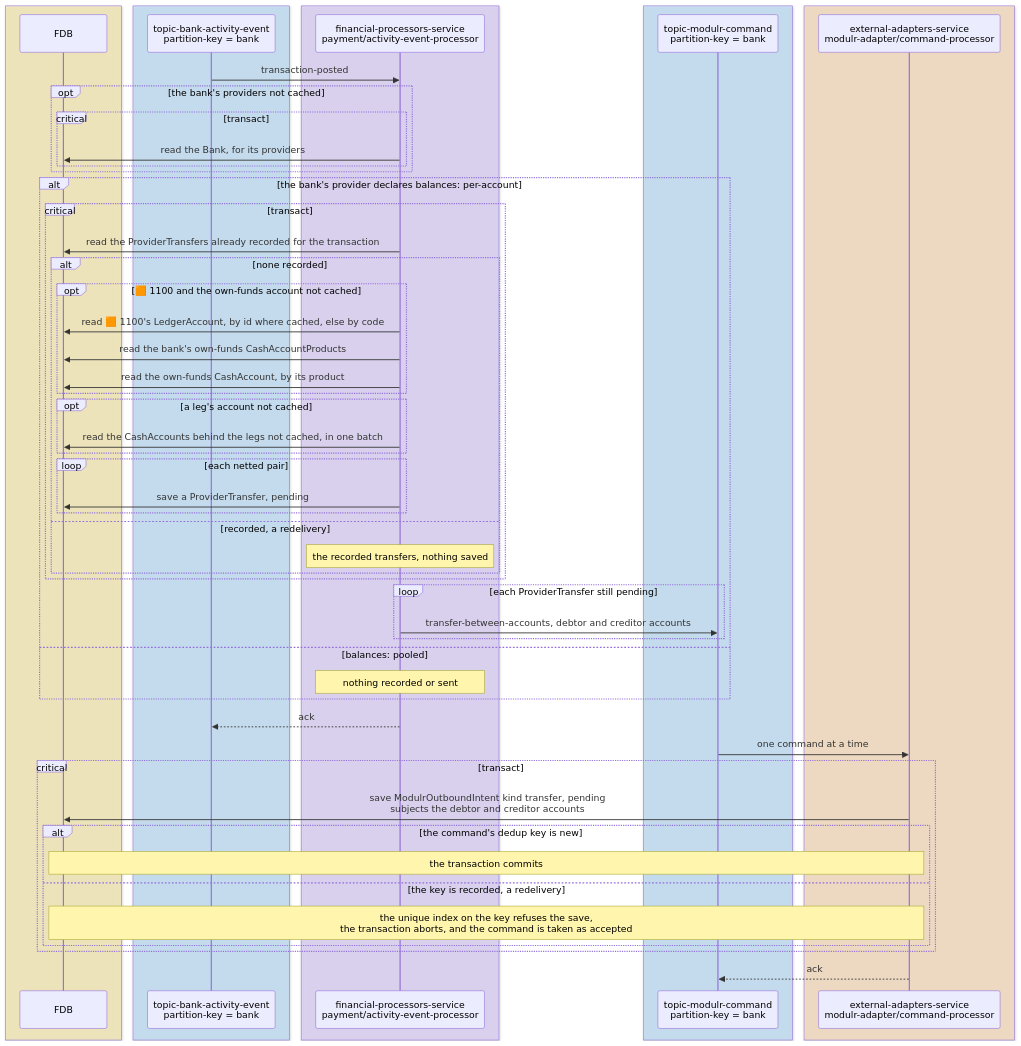
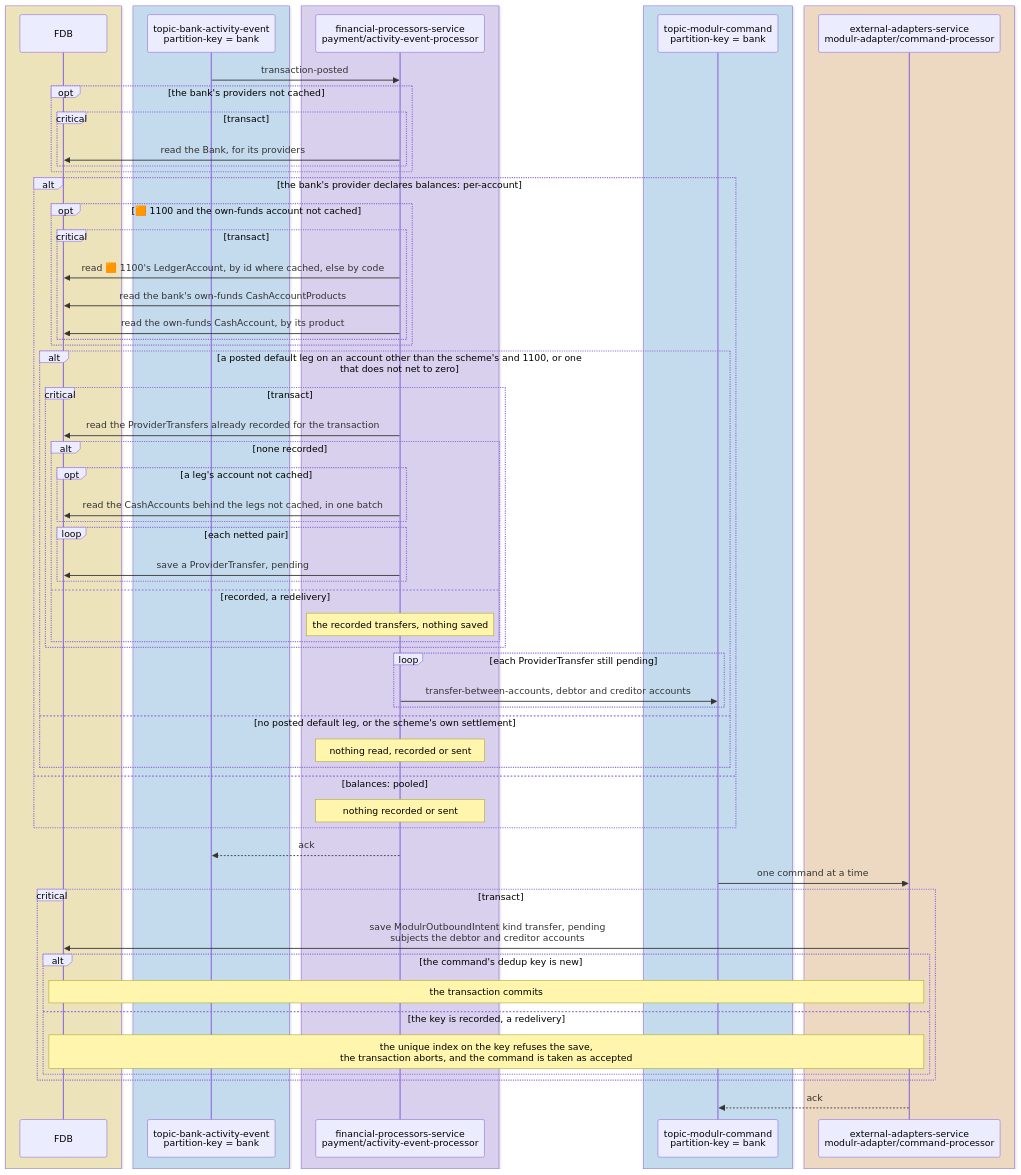
The sixth of 8 diagrams in docs/tdd/payments-internal.md (repldriven/queenswood), drawn with Mermaid before and after one commit. The commit also changed other lines of this file and 21 other files, not shown here.

````diff
--- a/docs/tdd/payments-internal.md
+++ b/docs/tdd/payments-internal.md
@@ -310,60 +310,66 @@
 ```mermaid
 sequenceDiagram
     box rgba(255, 236, 153, 0.5)
     participant DB as FDB
     end
     box rgba(165, 216, 255, 0.45)
     participant AE as topic-bank-activity-event<br/>partition-key = bank
     end
     box rgba(208, 191, 255, 0.45)
     participant AP as financial-processors-service<br/>payment/activity-event-processor
     end
     box rgba(165, 216, 255, 0.45)
     participant MC as topic-modulr-command<br/>partition-key = bank
     end
     box rgba(255, 216, 168, 0.5)
     participant AD as external-adapters-service<br/>modulr-adapter/command-processor
     end
     AE->>AP: transaction-posted
     opt the bank's providers not cached
     critical transact
     AP->>DB: read the Bank, for its providers
     end
     end
     alt the bank's provider declares balances: per-account
+    opt 🟧 1100 and the own-funds account not cached
     critical transact
-    AP->>DB: read the ProviderTransfers already recorded for the transaction
-    alt none recorded
-    opt 🟧 1100 and the own-funds account not cached
     AP->>DB: read 🟧 1100's LedgerAccount, by id where cached, else by code
     AP->>DB: read the bank's own-funds CashAccountProducts
     AP->>DB: read the own-funds CashAccount, by its product
     end
+    end
+    alt a posted default leg on an account other than the scheme's and 1100, or one that does not net to zero
+    critical transact
+    AP->>DB: read the ProviderTransfers already recorded for the transaction
+    alt none recorded
     opt a leg's account not cached
     AP->>DB: read the CashAccounts behind the legs not cached, in one batch
     end
     loop each netted pair
     AP->>DB: save a ProviderTransfer, pending
     end
     else recorded, a redelivery
     Note over AP: the recorded transfers, nothing saved
     end
     end
     loop each ProviderTransfer still pending
     AP->>MC: transfer-between-accounts, debtor and creditor accounts
+    end
+    else no posted default leg, or the scheme's own settlement
+    Note over AP: nothing read, recorded or sent
     end
     else balances: pooled
     Note over AP: nothing recorded or sent
     end
     AP-->>AE: ack
     MC->>AD: one command at a time
     critical transact
     AD->>DB: save ModulrOutboundIntent kind transfer, pending<br/>subjects the debtor and creditor accounts
     alt the command's dedup key is new
     Note over AD,DB: the transaction commits
     else the key is recorded, a redelivery
     Note over AD,DB: the unique index on the key refuses the save,<br/>the transaction aborts, and the command is taken as accepted
     end
     end
     AD-->>MC: ack
 ```
````
